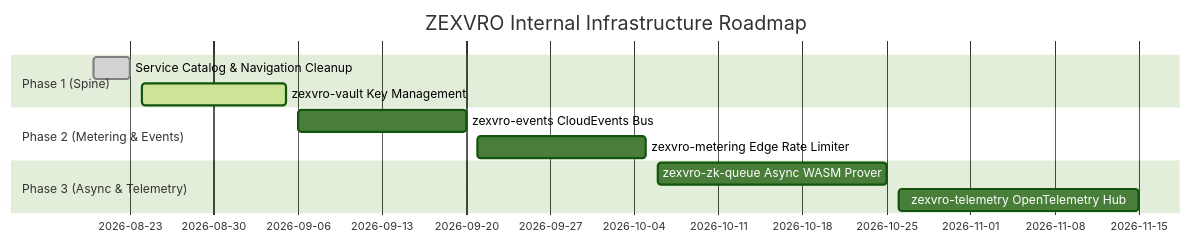
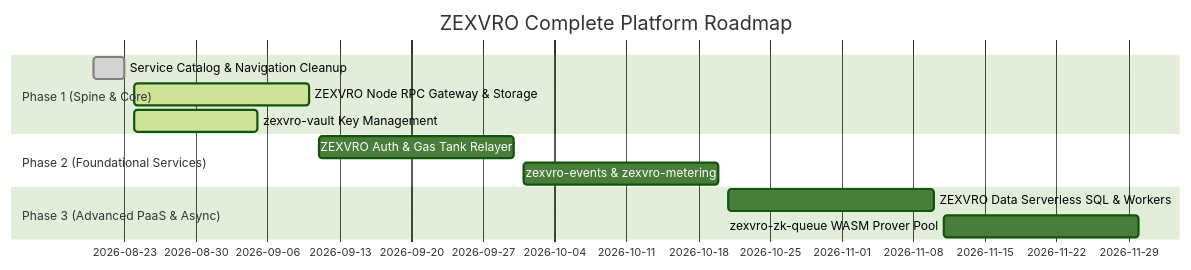
The diagram in docs/proposed-internal-services-and-product-gaps.md (polymaths-org/zexvro), drawn with Mermaid (forest theme) before and after one commit. The commit also changed other lines of this file, not shown here.

Commit message:
docs(proposed): expand proposed catalog into Tier 1 Foundational Core Infrastructure and Tier 2 Specialized Primitives

````diff
--- a/docs/proposed-internal-services-and-product-gaps.md
+++ b/docs/proposed-internal-services-and-product-gaps.md
@@ -179,14 +159,15 @@
 ```mermaid
 gantt
-    title ZEXVRO Internal Infrastructure Roadmap
+    title ZEXVRO Complete Platform Roadmap
     dateFormat  YYYY-MM-DD
-    section Phase 1 (Spine)
+    section Phase 1 (Spine & Core)
     Service Catalog & Navigation Cleanup :done, p1, 2026-08-20, 2026-08-23
-    zexvro-vault Key Management         :active, p2, 2026-08-24, 2026-09-05
-    section Phase 2 (Metering & Events)
-    zexvro-events CloudEvents Bus       :p3, 2026-09-06, 2026-09-20
-    zexvro-metering Edge Rate Limiter   :p4, 2026-09-21, 2026-10-05
-    section Phase 3 (Async & Telemetry)
-    zexvro-zk-queue Async WASM Prover   :p5, 2026-10-06, 2026-10-25
-    zexvro-telemetry OpenTelemetry Hub  :p6, 2026-10-26, 2026-11-15
+    ZEXVRO Node RPC Gateway & Storage   :active, p2, 2026-08-24, 2026-09-10
+    zexvro-vault Key Management         :active, p3, 2026-08-24, 2026-09-05
+    section Phase 2 (Foundational Services)
+    ZEXVRO Auth & Gas Tank Relayer       :p4, 2026-09-11, 2026-09-30
+    zexvro-events & zexvro-metering     :p5, 2026-10-01, 2026-10-20
+    section Phase 3 (Advanced PaaS & Async)
+    ZEXVRO Data Serverless SQL & Workers:p6, 2026-10-21, 2026-11-10
+    zexvro-zk-queue WASM Prover Pool    :p7, 2026-11-11, 2026-11-30
 ```
````
